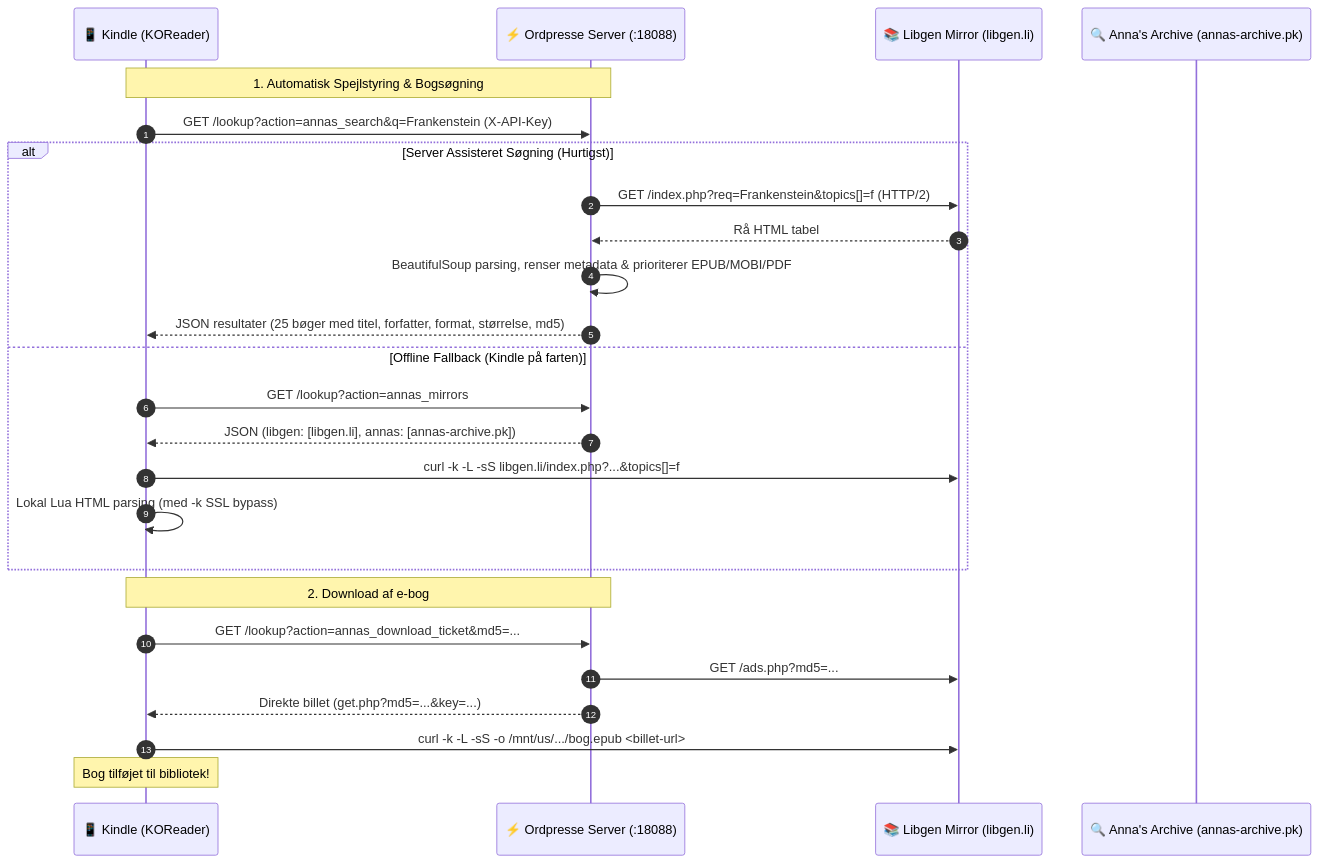
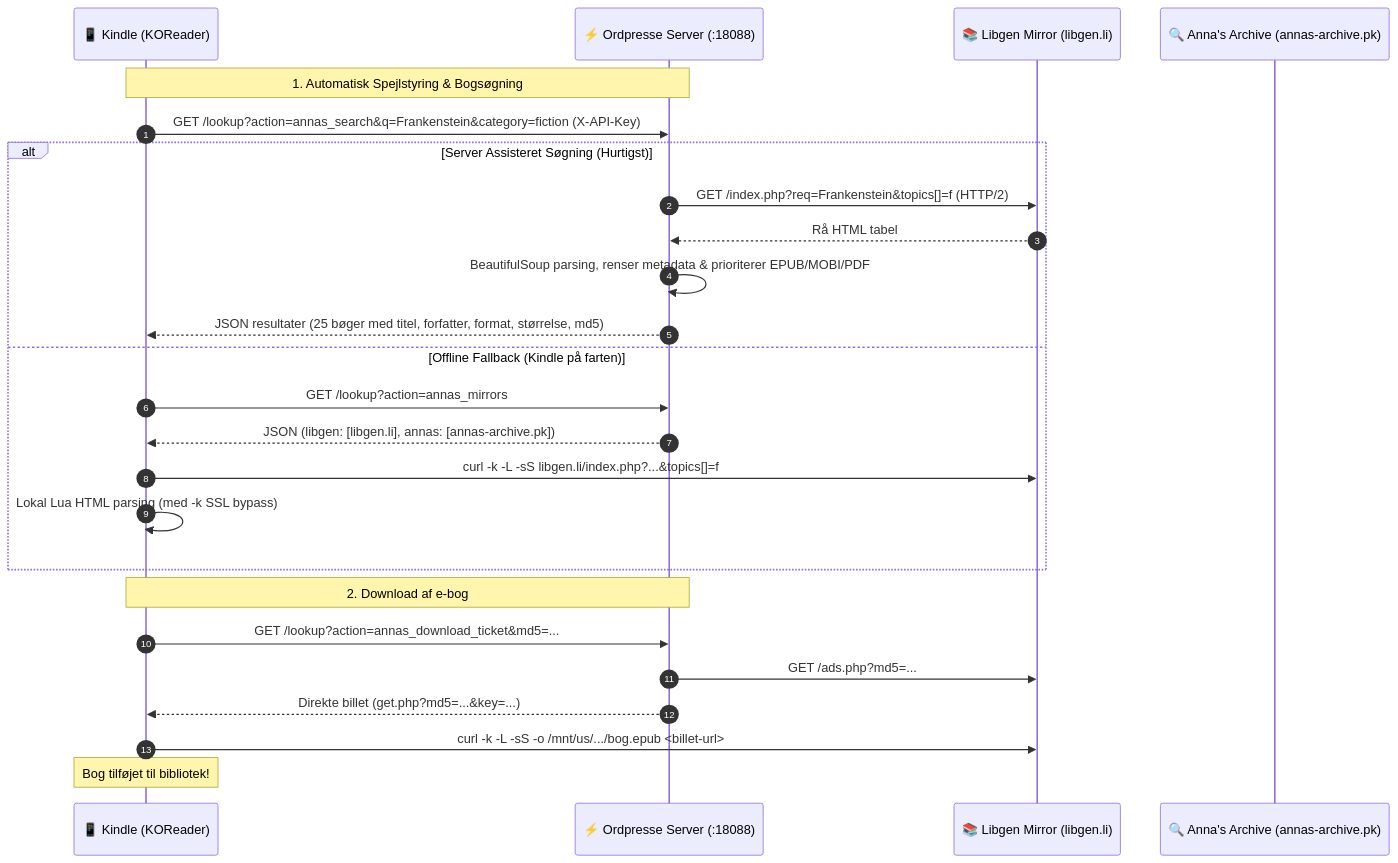
The second of 2 diagrams in README.md (massovercharge/ordpresse), drawn with Mermaid before and after one commit. The commit also changed other lines of this file and 9 other files, not shown here.

Commit message:
feat(annas): add category filter (fiction, nonfiction, comics, all) and bump to v1.2.3

````diff
--- a/README.md
+++ b/README.md
@@ -414,29 +414,29 @@
 ```mermaid
 sequenceDiagram
     autonumber
     participant K as 📱 Kindle (KOReader)
     participant O as ⚡ Ordpresse Server (:18088)
     participant L as 📚 Libgen Mirror (libgen.li)
     participant A as 🔍 Anna's Archive (annas-archive.pk)
 
     Note over K,O: 1. Automatisk Spejlstyring & Bogsøgning
-    K->>O: GET /lookup?action=annas_search&q=Frankenstein (X-API-Key)
+    K->>O: GET /lookup?action=annas_search&q=Frankenstein&category=fiction (X-API-Key)
     alt Server Assisteret Søgning (Hurtigst)
         O->>L: GET /index.php?req=Frankenstein&topics[]=f (HTTP/2)
         L-->>O: Rå HTML tabel
         O->>O: BeautifulSoup parsing, renser metadata & prioriterer EPUB/MOBI/PDF
         O-->>K: JSON resultater (25 bøger med titel, forfatter, format, størrelse, md5)
     else Offline Fallback (Kindle på farten)
         K->>O: GET /lookup?action=annas_mirrors
         O-->>K: JSON (libgen: [libgen.li], annas: [annas-archive.pk])
         K->>L: curl -k -L -sS libgen.li/index.php?...&topics[]=f
         K->>K: Lokal Lua HTML parsing (med -k SSL bypass)
     end
 
     Note over K,O: 2. Download af e-bog
     K->>O: GET /lookup?action=annas_download_ticket&md5=...
     O->>L: GET /ads.php?md5=...
     O-->>K: Direkte billet (get.php?md5=...&key=...)
     K->>L: curl -k -L -sS -o /mnt/us/.../bog.epub <billet-url>
     Note over K: Bog tilføjet til bibliotek!
 ```
````
